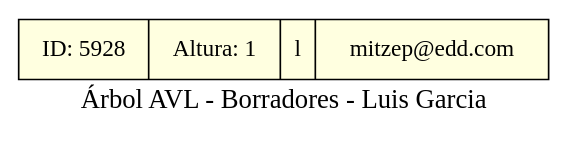
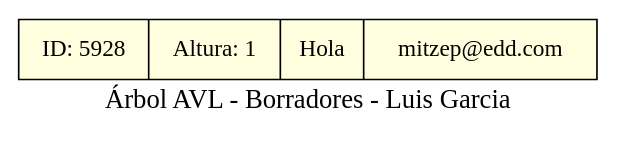
One commit to JoseArt777/-EDD-1S2025_202100305 changed the diagram in Fase1/src/lgarcia-Reportes/borradores_lgarcia.dot. Above: the diagram before and after it, drawn with Graphviz. The commit also changed 8 other files, not shown here.

```diff
--- a/Fase1/src/lgarcia-Reportes/borradores_lgarcia.dot
+++ b/Fase1/src/lgarcia-Reportes/borradores_lgarcia.dot
@@ -1,6 +1,6 @@
 digraph G {
     label="Árbol AVL - Borradores - Luis Garcia";
     fontsize=16;
     node [shape=record, style=filled, fillcolor=lightyellow];
-    nodo_5928 [label="ID: 5928|Altura: 1|l|mitzep@edd.com"];
+    nodo_5928 [label="ID: 5928|Altura: 1|Hola|mitzep@edd.com"];
 }
```
